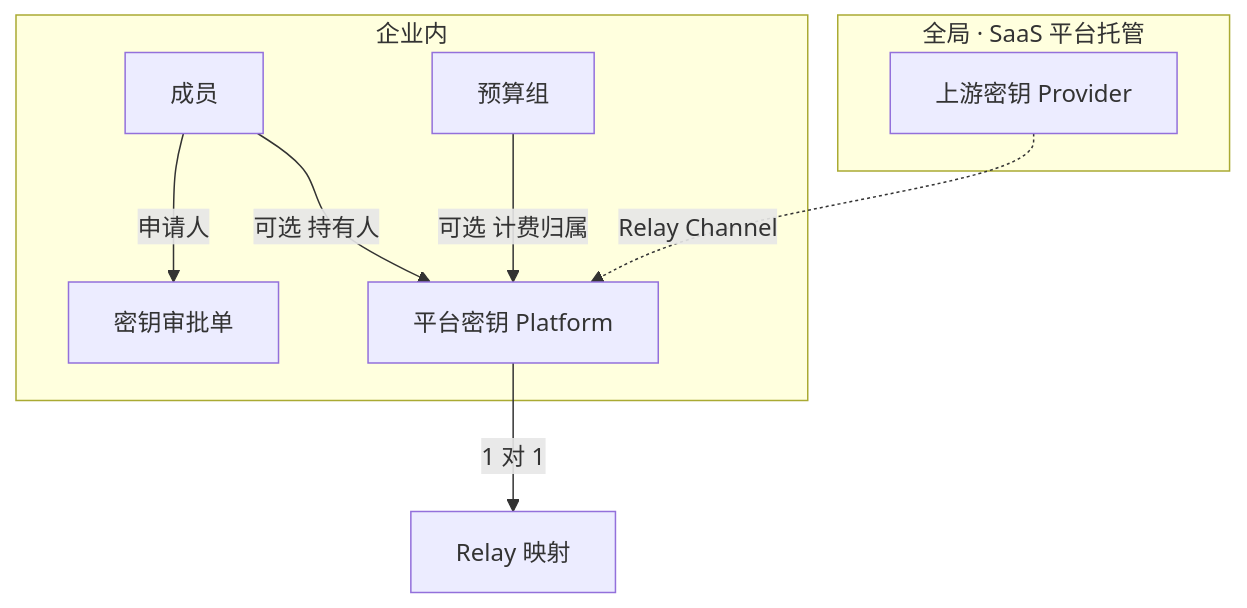
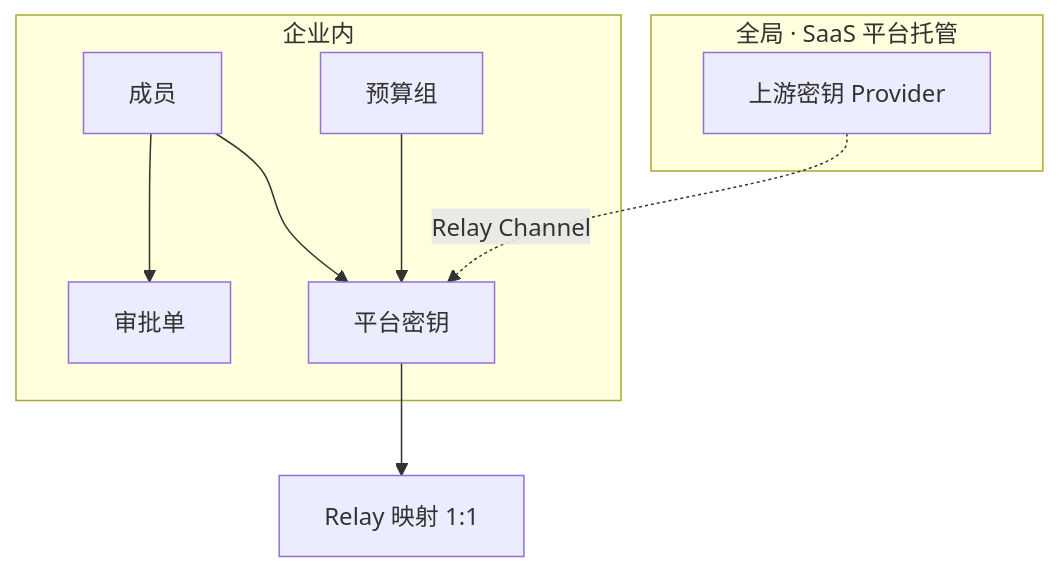
The seventh of 10 diagrams in docs/Backend-存储架构.md (quyip8818/mytokenjoy), drawn with Mermaid before and after one commit. The commit also changed other lines of this file and 132 other files, not shown here.

````diff
--- a/docs/Backend-存储架构.md
+++ b/docs/Backend-存储架构.md
@@ -244,19 +166,17 @@
 ```mermaid
 flowchart TB
   subgraph global [全局 · SaaS 平台托管]
     PK[上游密钥 Provider]
   end
-
   subgraph corp [企业内]
-    PLK[平台密钥 Platform]
-    APP[密钥审批单]
+    PLK[平台密钥]
+    APP[审批单]
     M[成员]
     BG[预算组]
   end
-
   PK -.->|Relay Channel| PLK
-  M -->|可选 持有人| PLK
-  BG -->|可选 计费归属| PLK
-  M -->|申请人| APP
-  PLK -->|1 对 1| RM[Relay 映射]
+  M --> PLK
+  BG --> PLK
+  M --> APP
+  PLK --> RM[Relay 映射 1:1]
 ```
````
